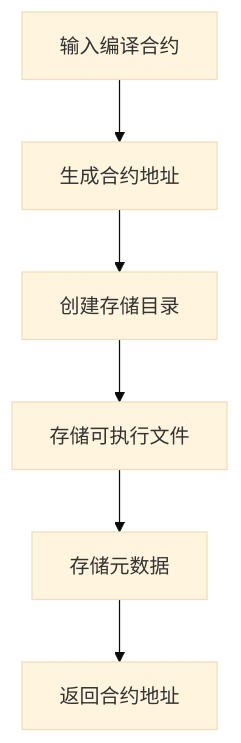
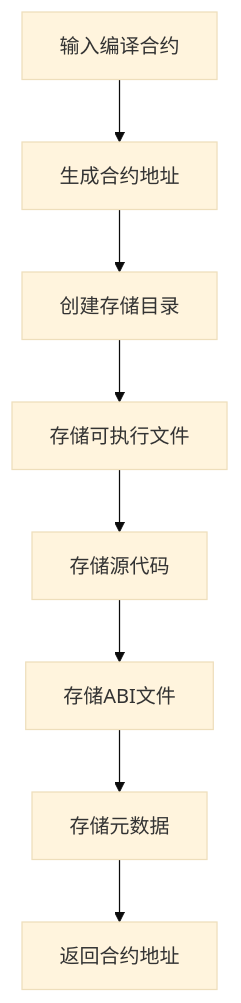
The second of 5 diagrams in docs/detailed_design/storage_manager_detailed_design.md (lengzhao/vm), drawn with Mermaid (base theme) before and after one commit. The commit also changed other lines of this file and 12 other files, not shown here.

````diff
--- a/docs/detailed_design/storage_manager_detailed_design.md
+++ b/docs/detailed_design/storage_manager_detailed_design.md
@@ -117,8 +119,10 @@
 ```mermaid
 graph TD
 A[输入编译合约] --> B[生成合约地址]
 B --> C[创建存储目录]
 C --> D[存储可执行文件]
-D --> E[存储元数据]
-E --> F[返回合约地址]
+D --> E[存储源代码]
+E --> F[存储ABI文件]
+F --> G[存储元数据]
+G --> H[返回合约地址]
 ```
````
